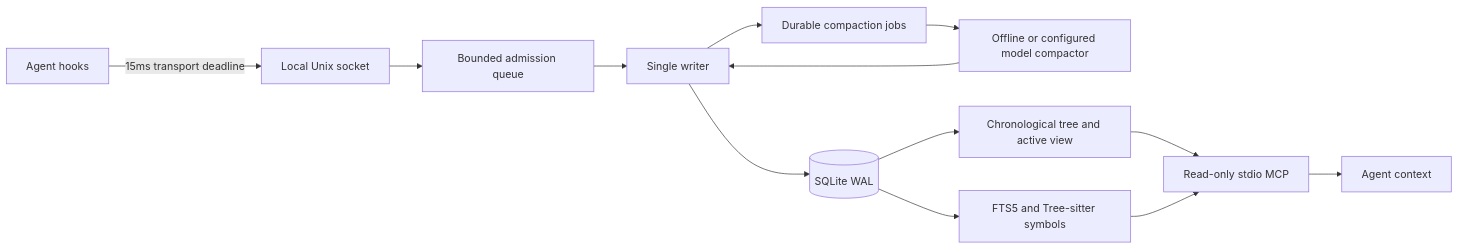
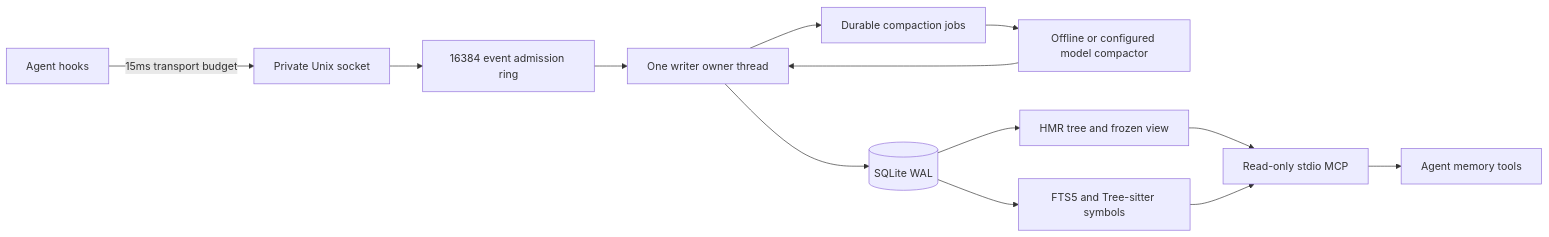
One commit to Heman10x-NGU/fractal-mem changed the diagram in README.md. Above: the diagram before and after it, drawn with Mermaid. The commit also changed other lines of this file and 18 other files, not shown here.

````diff
--- a/README.md
+++ b/README.md
@@ -9,15 +119,15 @@
 ```mermaid
 flowchart LR
-    Hooks[Agent hooks] -->|15ms transport deadline| UDS[Local Unix socket]
-    UDS --> Ring[Bounded admission queue]
-    Ring --> Writer[Single writer]
+    Hooks[Agent hooks] -->|15ms transport budget| UDS[Private Unix socket]
+    UDS --> Ring[16384 event admission ring]
+    Ring --> Writer[One writer owner thread]
     Writer --> DB[(SQLite WAL)]
     Writer --> Jobs[Durable compaction jobs]
     Jobs --> Compactor[Offline or configured model compactor]
     Compactor --> Writer
-    DB --> Tree[Chronological tree and active view]
+    DB --> Tree[HMR tree and frozen view]
     DB --> Search[FTS5 and Tree-sitter symbols]
     Tree --> MCP[Read-only stdio MCP]
     Search --> MCP
-    MCP --> Agent[Agent context]
+    MCP --> Agent[Agent memory tools]
 ```
````
